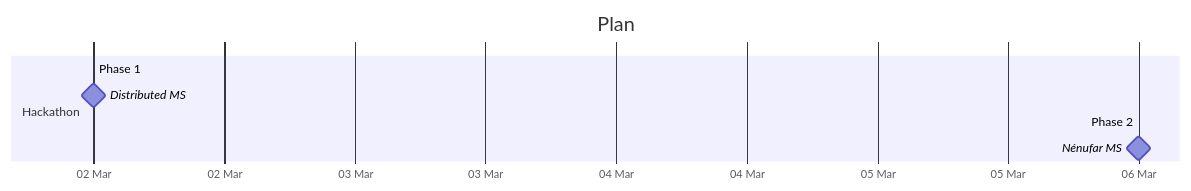
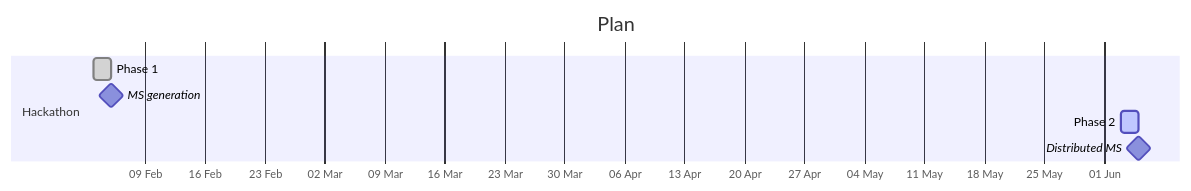
Before and after one commit to Ophelie-Renaud/measurementset-simulator: the diagram in README.md, drawn with Mermaid.

````diff
--- a/README.md
+++ b/README.md
@@ -83,11 +83,11 @@
 ```mermaid
 gantt
     title Plan
-    dateFormat  DD-MM
+    dateFormat  YYYY-MM-DD
     axisFormat  %d %b
     section Hackathon
-    Phase 1 :done, 3-02, 5-02
-    Distributed MS:milestone,5-02
-    Phase 2 :active, 3-06, 5-06
-    Nénufar MS :milestone, 3-06, 5-06
+    Phase 1 :done, 2025-02-03, 2025-02-05
+    MS generation: milestone, 2025-02-05
+    Phase 2 :active, 2025-06-03, 2025-06-05
+    Distributed MS : milestone, 2025-06-05
 ```
````
